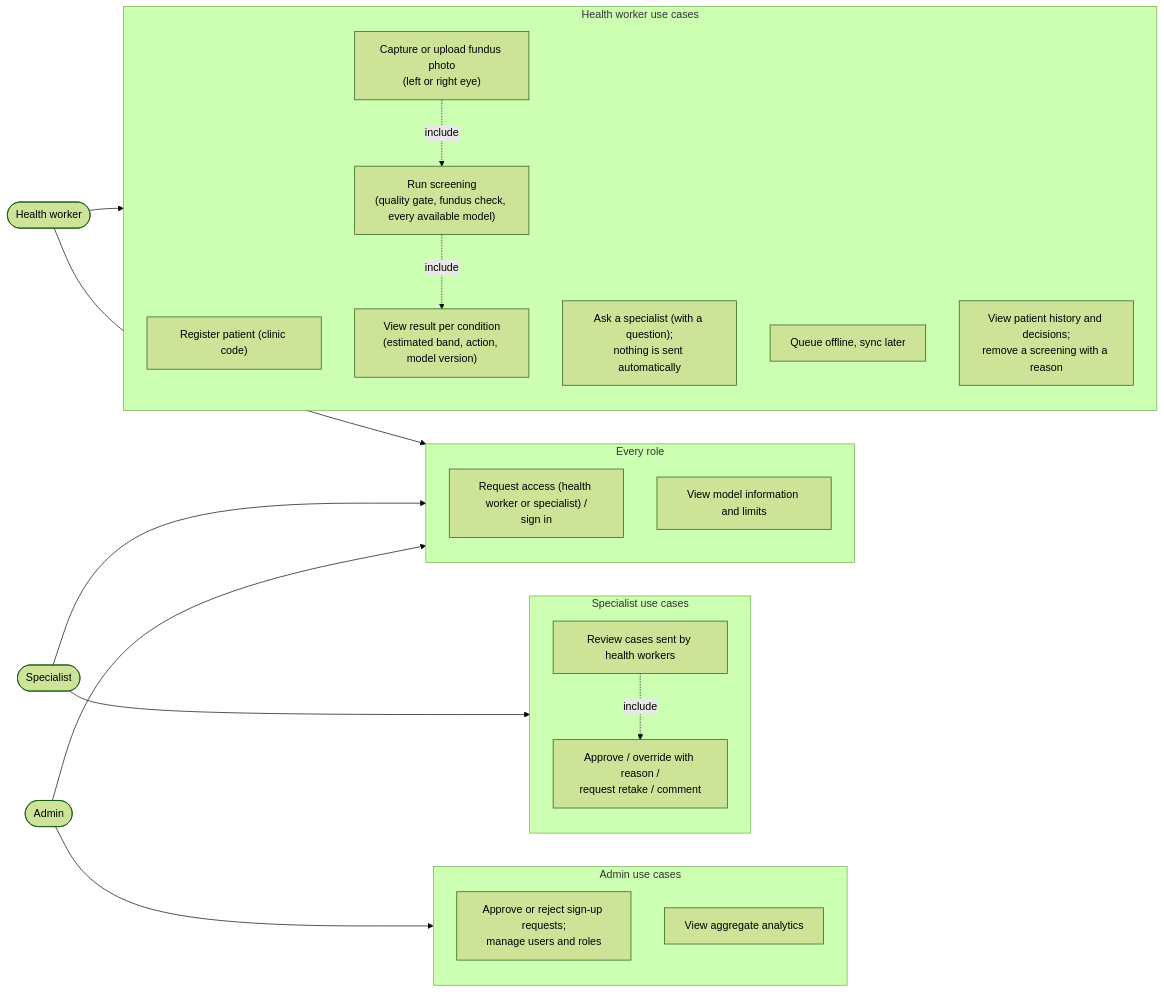
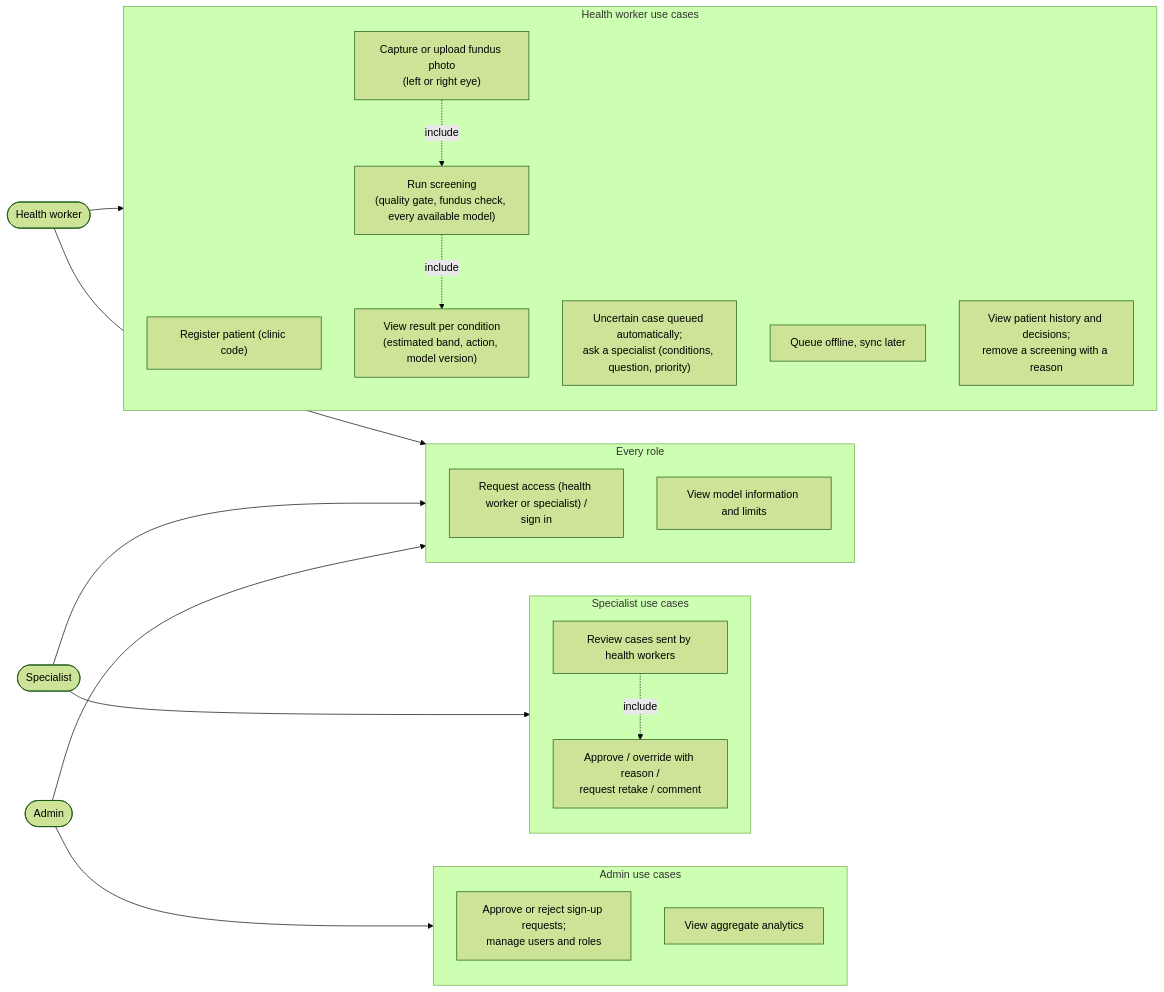
Before and after one commit to Mikekimm/michael-kimani-eye-screening-capstone: the diagram in docs/diagrams/src/use_case.mmd, drawn with Mermaid (forest theme). The commit also changed 12 other files, not shown here.

Commit message:
docs: specialty routing, referral policy as in the proposal, sequence-diagram mapping, shared asynchronous queue, results

```diff
--- a/docs/diagrams/src/use_case.mmd
+++ b/docs/diagrams/src/use_case.mmd
@@ -1,40 +1,40 @@
 flowchart LR
   HW(["Health worker"])
   SP(["Specialist"])
   AD(["Admin"])
 
   subgraph HWU["Health worker use cases"]
     direction TB
     UC2["Register patient (clinic code)"]
     UC3["Capture or upload fundus photo<br/>(left or right eye)"]
     UC4["Run screening<br/>(quality gate, fundus check, every available model)"]
     UC5["View result per condition<br/>(estimated band, action, model version)"]
-    UC6["Ask a specialist (with a question);<br/>nothing is sent automatically"]
+    UC6["Uncertain case queued automatically;<br/>ask a specialist (conditions, question, priority)"]
     UC7["Queue offline, sync later"]
     UC8["View patient history and decisions;<br/>remove a screening with a reason"]
     UC3 -. include .-> UC4 -. include .-> UC5
   end
 
   subgraph SPU["Specialist use cases"]
     direction TB
     UC9["Review cases sent by health workers"]
     UC10["Approve / override with reason /<br/>request retake / comment"]
     UC9 -. include .-> UC10
   end
 
   subgraph ADU["Admin use cases"]
     direction TB
     UC11["Approve or reject sign-up requests;<br/>manage users and roles"]
     UC12["View aggregate analytics"]
   end
 
   subgraph ALL["Every role"]
     direction TB
     UC1["Request access (health worker or specialist) /<br/>sign in"]
     UC13["View model information and limits"]
   end
 
   HW --> HWU
   SP --> SPU
   AD --> ADU
   HW & SP & AD --> ALL
```
